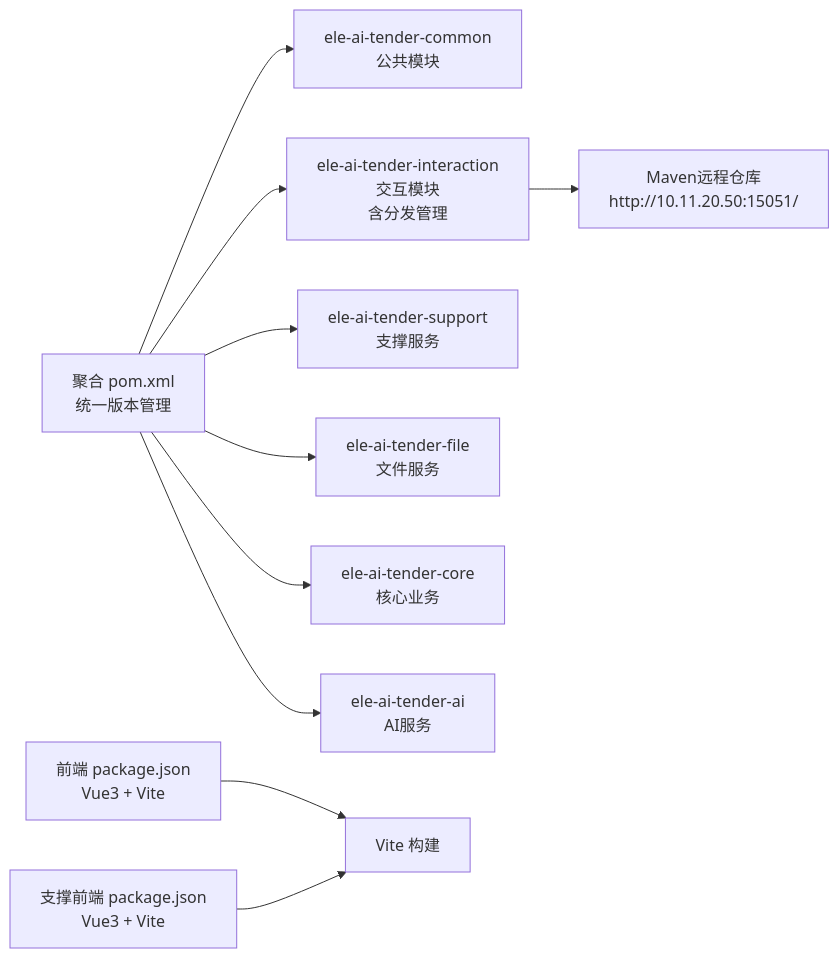
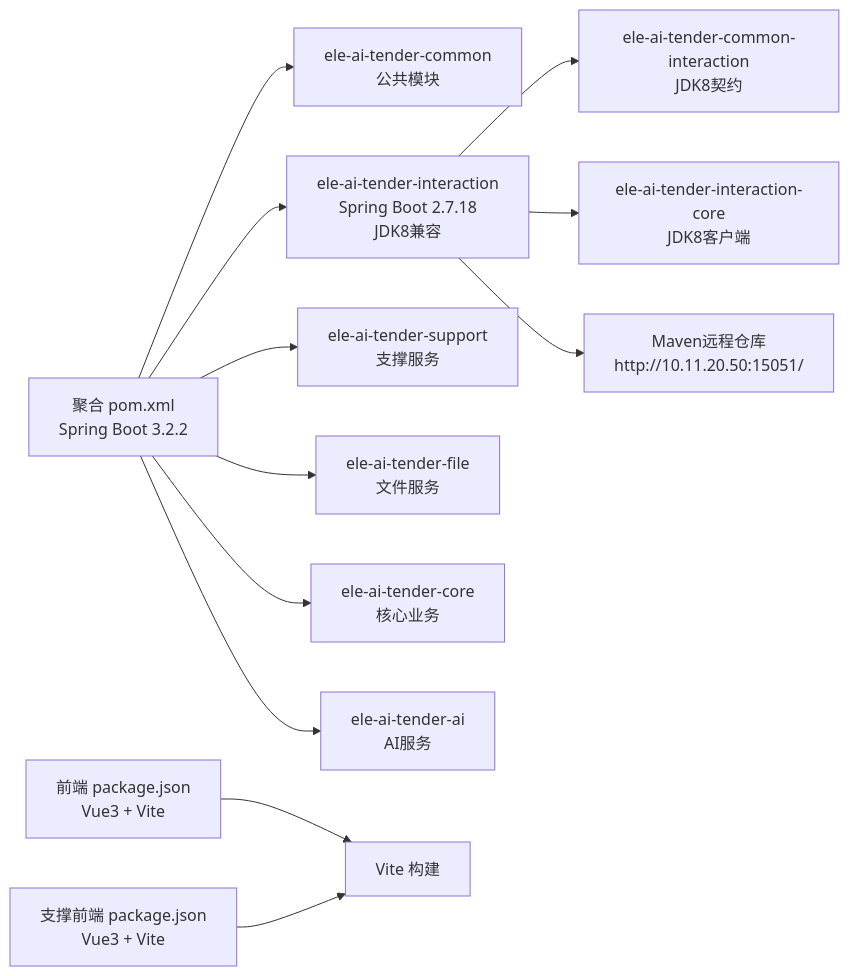
One commit to DrunkFood/First changed the seventh of 7 diagrams in .qoder/repowiki/zh/content/部署运维/CI_CD流水线.md. Above: the diagram before and after it, drawn with Mermaid. The commit also changed other lines of this file and 77 other files, not shown here.

````diff
--- a/.qoder/repowiki/zh/content/部署运维/CI_CD流水线.md
+++ b/.qoder/repowiki/zh/content/部署运维/CI_CD流水线.md
@@ -322,12 +391,14 @@
 ```mermaid
 graph LR
-POM["聚合 pom.xml<br/>统一版本管理"] --> Common["ele-ai-tender-common<br/>公共模块"]
-POM --> Interaction["ele-ai-tender-interaction<br/>交互模块<br/>含分发管理"]
+POM["聚合 pom.xml<br/>Spring Boot 3.2.2"] --> Common["ele-ai-tender-common<br/>公共模块"]
+POM --> Interaction["ele-ai-tender-interaction<br/>Spring Boot 2.7.18<br/>JDK8兼容"]
 POM --> Support["ele-ai-tender-support<br/>支撑服务"]
 POM --> File["ele-ai-tender-file<br/>文件服务"]
 POM --> Core["ele-ai-tender-core<br/>核心业务"]
 POM --> AI["ele-ai-tender-ai<br/>AI服务"]
+Interaction --> CommonInt["ele-ai-tender-common-interaction<br/>JDK8契约"]
+Interaction --> CoreInt["ele-ai-tender-interaction-core<br/>JDK8客户端"]
 Interaction --> RemoteRepo["Maven远程仓库<br/>http://10.11.20.50:15051/"]
 FE1["前端 package.json<br/>Vue3 + Vite"] --> WebBuild["Vite 构建"]
 FE2["支撑前端 package.json<br/>Vue3 + Vite"] --> WebBuild
 ```
````
